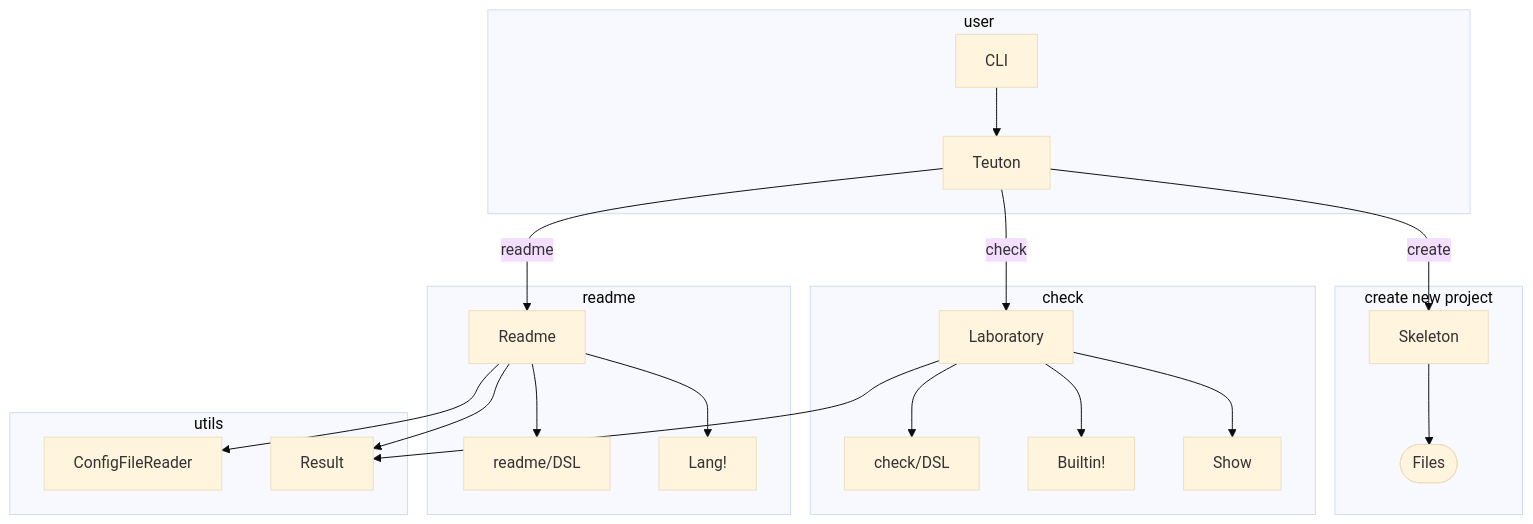
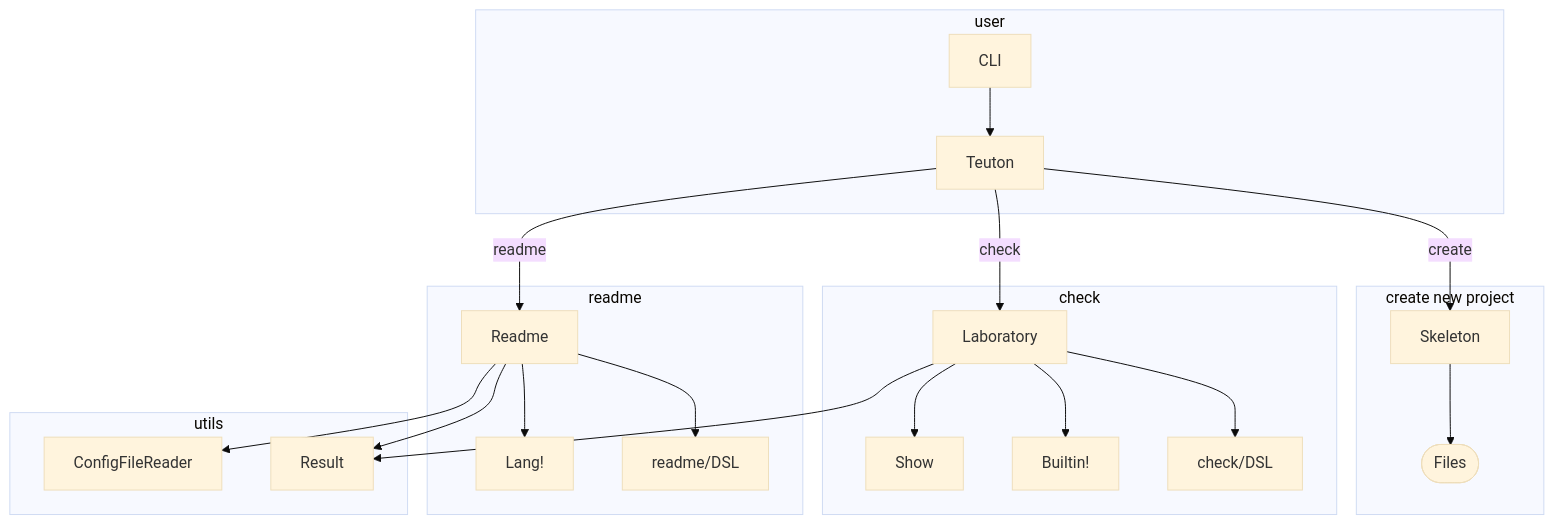
Before and after one commit to teuton-software/teuton: the first of 2 diagrams in docs/diagram.md, drawn with Mermaid (base theme). The commit also changed other lines of this file, not shown here.

````diff
--- a/docs/diagram.md
+++ b/docs/diagram.md
@@ -5,33 +5,33 @@
 ```mermaid
 flowchart TB
 
 subgraph user
   CLI --> Teuton
 end
 
 subgraph "create new project"
   Teuton -- create --> Skeleton
   Skeleton --> Files([Files])
 end
 
 subgraph check
   Teuton -- check --> Laboratory
 
   Laboratory --> check/DSL
   Laboratory --> Builtin!
   Laboratory --> Show
 end
 
 subgraph readme
   Teuton -- readme --> Readme
 
   Readme --> readme/DSL
   Readme --> Lang!  
 end
 
 subgraph utils
+  Laboratory --> Result
+  Readme --> Result
   Readme --> ConfigFileReader
-  Readme --> Result
-  Laboratory --> Result
 end
 ```
````
